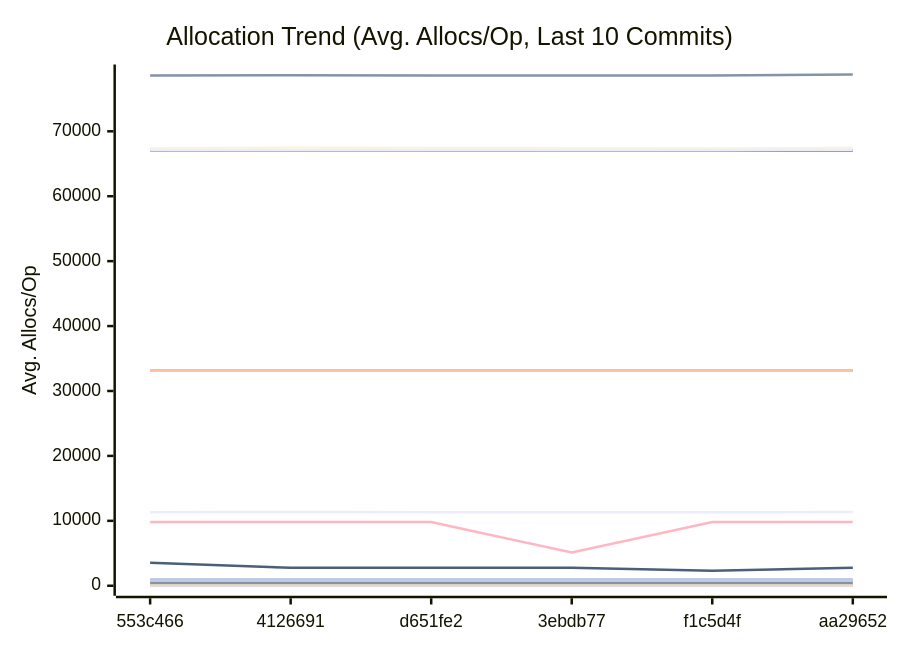
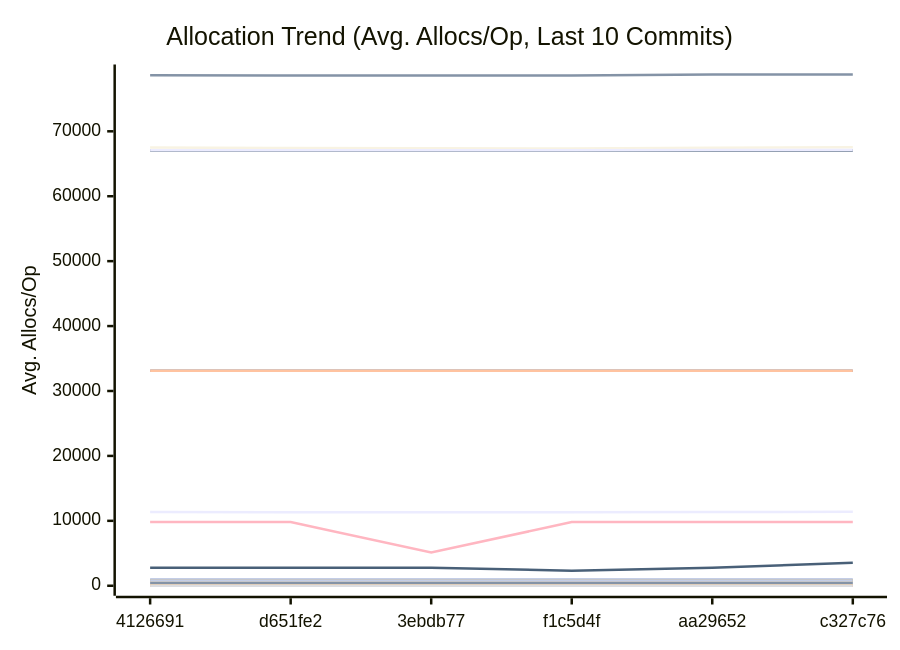
The third of 3 diagrams in docs/PERFORMANCE.md (alsotoes/momo), drawn with Mermaid before and after one commit. The commit also changed other lines of this file and 2 other files, not shown here.

````diff
--- a/docs/PERFORMANCE.md
+++ b/docs/PERFORMANCE.md
@@ -360,44 +360,44 @@
 ```mermaid
 xychart-beta
     title "Allocation Trend (Avg. Allocs/Op, Last 10 Commits)"
     x-axis "Commit"
     y-axis "Avg. Allocs/Op"
-    x-axis [553c466,4126691,d651fe2,3ebdb77,f1c5d4f,aa29652]
-    line "AWSChunkedReaderSigned" [11334,11352,11308,11331,11309,11357,11392,11480,11346,11370]
-    line "AWSChunkedReaderUnsigned" [78611,78631,78600,78609,78603,78751,78742,78802,78690,78621]
+    x-axis [4126691,d651fe2,3ebdb77,f1c5d4f,aa29652,c327c76]
+    line "AWSChunkedReaderSigned" [11352,11308,11331,11309,11357,11392,11480,11346,11370,11345]
+    line "AWSChunkedReaderUnsigned" [78631,78600,78609,78603,78751,78742,78802,78690,78621,78704]
     line "CheckMetricsAndSwap" [0,0,0,0,0,0,0,0,0,0]
     line "CrushOptimized" [0,0,0,0,0,0,0,0,0,0]
     line "CrushOriginal" [3,3,3,3,3,3,3,3,3,3]
     line "FormatListObjectsV2XML_AppendFormat" [16,16,16,16,16,16,16,16,16,16]
     line "FormatListObjectsV2XML_OldFormat" [1000,1000,1000,1000,1000,1000,1000,1000,1000,1000]
     line "HashBytes/1MiB" [64,64,64,64,64,64,64,64,64,64]
     line "HashBytes/256MiB" [64,64,64,64,64,64,64,64,64,64]
     line "HashBytes/64MiB" [64,64,64,64,64,64,64,64,64,64]
     line "HashFile/1MiB" [33128,33128,33128,33128,33128,33128,33128,33128,33128,33128]
     line "HashFile/256MiB" [33128,33128,33128,33128,33128,33128,33128,33128,33128,33128]
     line "HashFile/64MiB" [33128,33128,33128,33128,33128,33128,33128,33128,33128,33128]
     line "IndexDirectTracking" [0,0,0,0,0,0,0,0,0,0]
     line "IndexSearch" [0,0,0,0,0,0,0,0,0,0]
     line "LastModifiedHeader_AppendFormat" [0,0,0,0,0,0,0,0,0,0]
     line "LastModifiedHeader_Format" [1,1,1,1,1,1,1,1,1,1]
     line "LoadGlobalConfig" [58,58,58,58,58,58,58,58,58,58]
-    line "LocalWrite/1MiB" [67034,67036,67032,67028,67031,67046,67042,67042,67033,67031]
-    line "LocalWrite/256MiB" [67379,67488,67427,67403,67338,67449,67537,67838,67598,67348]
-    line "LocalWrite/64MiB" [67087,67088,67081,67097,67088,67134,67134,67169,67134,67099]
+    line "LocalWrite/1MiB" [67036,67032,67028,67031,67046,67042,67042,67033,67031,67039]
+    line "LocalWrite/256MiB" [67488,67427,67403,67338,67449,67537,67838,67598,67348,67405]
+    line "LocalWrite/64MiB" [67088,67081,67097,67088,67134,67134,67169,67134,67099,67099]
     line "PadString" [1,1,1,1,1,1,1,1,1,1]
     line "ParseReplicationOrder_NoPrealloc" [6,6,6,6,6,5,5,5,5,5]
     line "ParseReplicationOrder_Prealloc" [2,2,2,2,2,1,1,1,1,1]
     line "Placement" [6,6,6,6,6,6,6,6,6,6]
     line "PlacementDomainSpread" [6,6,6,6,6,6,6,6,6,6]
-    line "ReadVerify/1MiB" [468,486,478,467,459,484,493,526,438,437]
-    line "ReadVerify/256MiB" [9808,9808,9808,5120,9808,9808,9808,9808,9808,9808]
-    line "ReadVerify/64MiB" [3557,2776,2776,2776,2307,2776,3557,5120,3557,2776]
-    line "S3PutSpool/1MiB" [447,447,447,448,447,448,448,448,448,447]
+    line "ReadVerify/1MiB" [486,478,467,459,484,493,526,438,437,474]
+    line "ReadVerify/256MiB" [9808,9808,5120,9808,9808,9808,9808,9808,9808,9808]
+    line "ReadVerify/64MiB" [2776,2776,2776,2307,2776,3557,5120,3557,2776,2307]
+    line "S3PutSpool/1MiB" [447,447,448,447,448,448,448,448,447,448]
     line "S3PutSpool/256MiB" [448,448,448,448,448,448,448,448,448,448]
     line "S3PutSpool/64MiB" [448,448,448,448,448,448,448,448,448,448]
     line "SanitizeLog/Safe" [0,0,0,0,0,0,0,0,0,0]
     line "SanitizeLog/Unsafe" [1,1,1,1,1,1,1,1,1,1]
-    line "TrustedRead/1MiB" [800,800,800,800,837,800,800,800,800,800]
+    line "TrustedRead/1MiB" [800,800,800,837,800,800,800,800,800,800]
     line "TrustedRead/256MiB" [800,800,800,800,800,800,800,800,800,800]
     line "TrustedRead/64MiB" [800,800,800,800,800,800,800,800,800,800]
 ```
````
